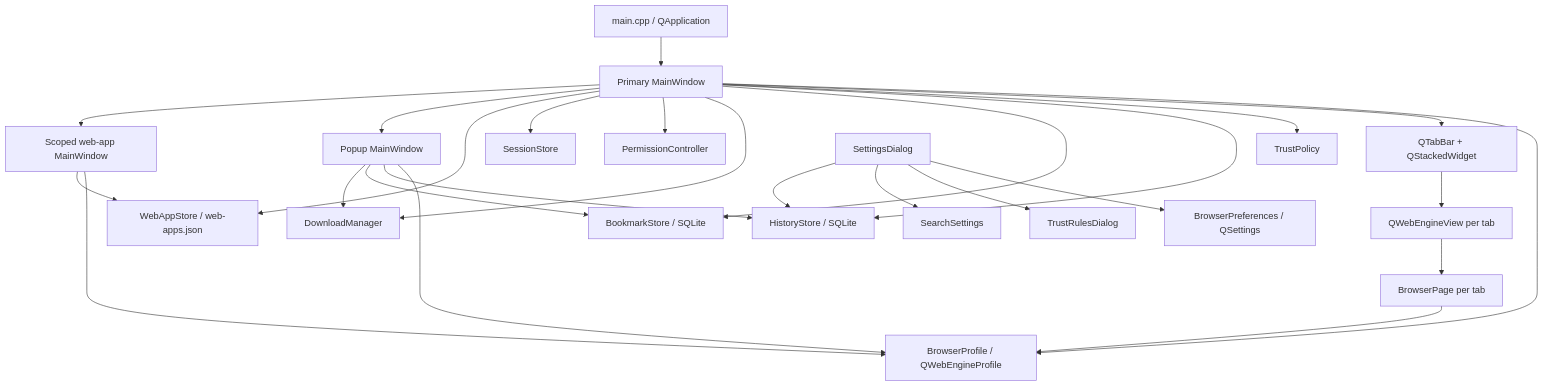
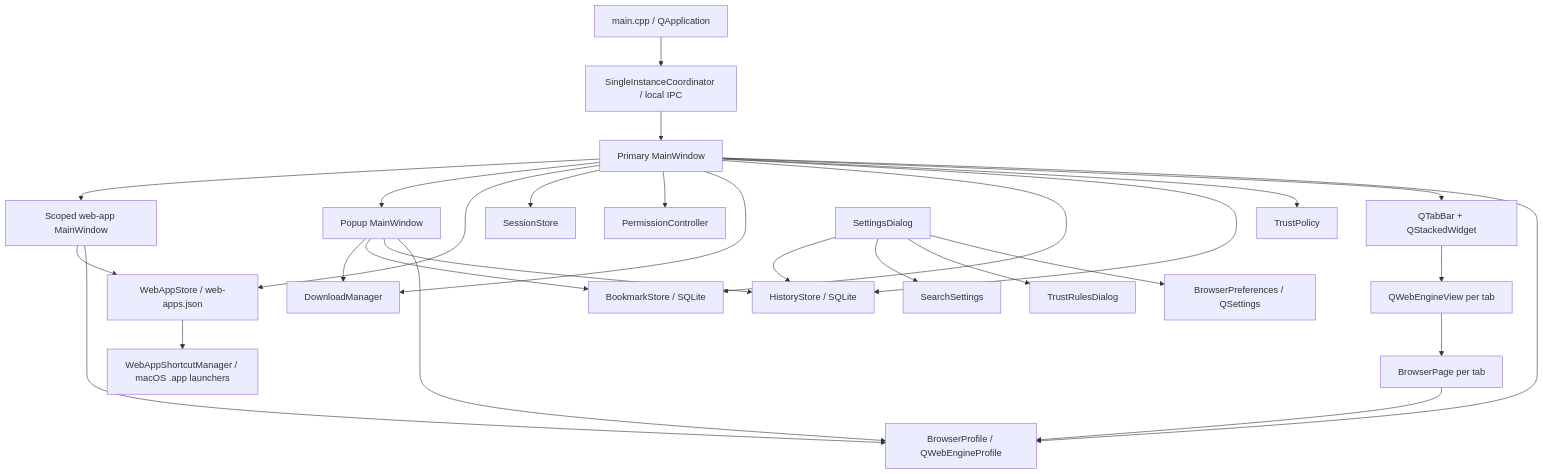
The first of 2 diagrams in docs/ARCHITECTURE.md (tavvet/pan-browser), drawn with Mermaid before and after one commit. The commit also changed other lines of this file and 18 other files, not shown here.

Commit message:
Add macOS web app shortcuts

````diff
--- a/docs/ARCHITECTURE.md
+++ b/docs/ARCHITECTURE.md
@@ -36,31 +36,33 @@
 ```mermaid
 flowchart TD
-    App["main.cpp / QApplication"] --> MW["Primary MainWindow"]
+    App["main.cpp / QApplication"] --> Instance["SingleInstanceCoordinator / local IPC"]
+    Instance --> MW["Primary MainWindow"]
     MW --> Profile["BrowserProfile / QWebEngineProfile"]
     MW --> Tabs["QTabBar + QStackedWidget"]
     Tabs --> View["QWebEngineView per tab"]
     View --> Page["BrowserPage per tab"]
     Page --> Profile
 
     MW --> Trust["TrustPolicy"]
     MW --> History["HistoryStore / SQLite"]
     MW --> Bookmarks["BookmarkStore / SQLite"]
     MW --> Downloads["DownloadManager"]
     MW --> Permissions["PermissionController"]
     MW --> Session["SessionStore"]
     MW --> WebApps["WebAppStore / web-apps.json"]
+    WebApps --> Shortcuts["WebAppShortcutManager / macOS .app launchers"]
 
     Popup["Popup MainWindow"] --> Profile
     Popup --> History
     Popup --> Bookmarks
     Popup --> Downloads
     MW --> Popup
     AppWindow["Scoped web-app MainWindow"] --> Profile
     AppWindow --> WebApps
     MW --> AppWindow
 
     Settings["SettingsDialog"] --> Preferences["BrowserPreferences / QSettings"]
     Settings --> TrustEditor["TrustRulesDialog"]
     Settings --> Search["SearchSettings"]
     Settings --> History
 ```
````
